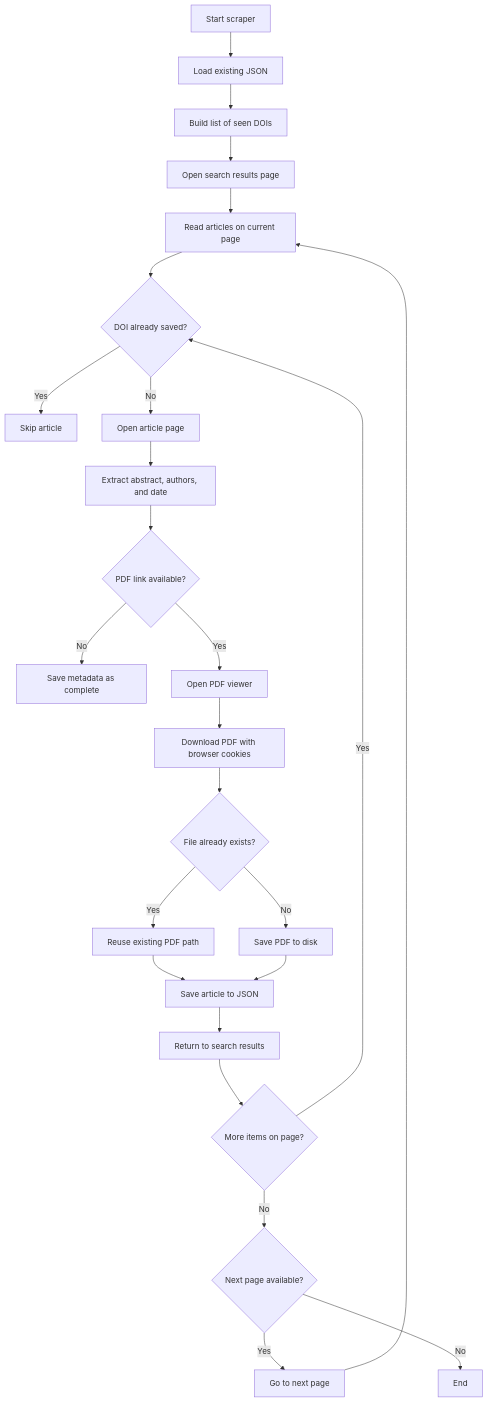
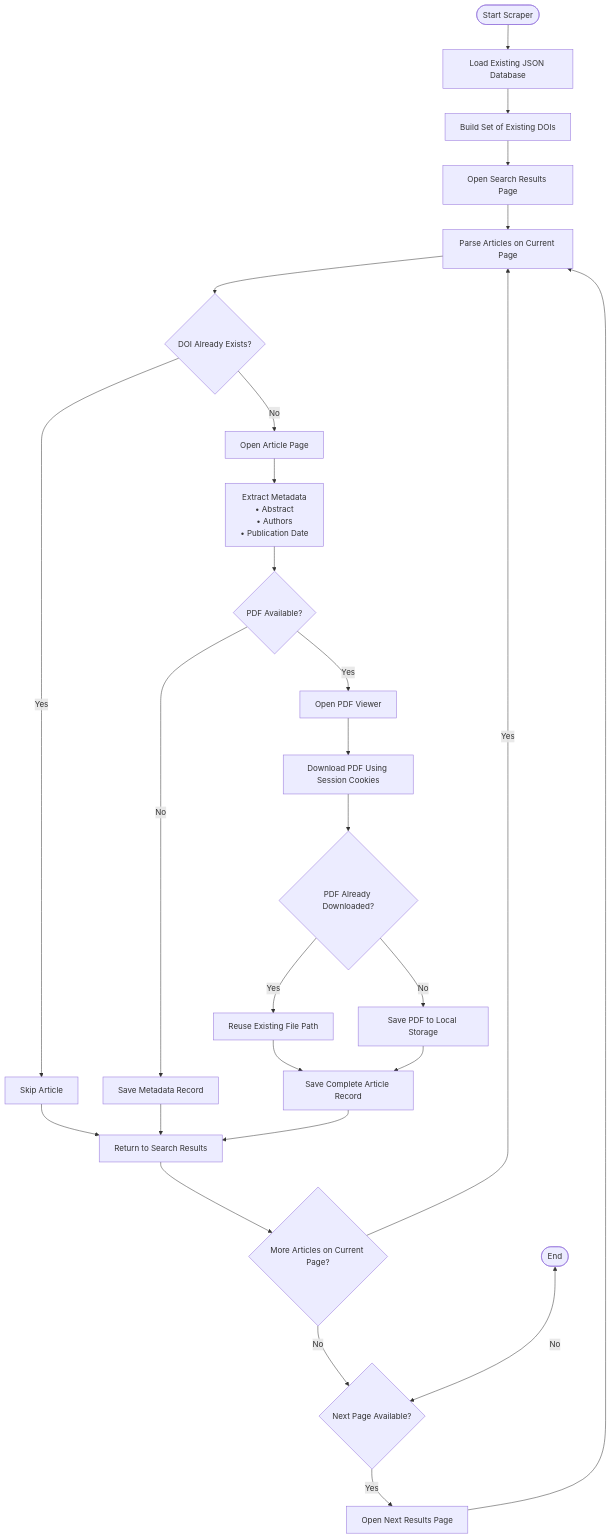
Before and after one commit to SaurabhSphere/AgriRxiv: the diagram in README.md, drawn with Mermaid.

Commit message:
Complete: Documentation

````diff
--- a/README.md
+++ b/README.md
@@ -26,27 +26,52 @@
 ```mermaid
-graph TD
-    A[Start scraper] --> B[Load existing JSON]
-    B --> C[Build list of seen DOIs]
-    C --> D[Open search results page]
-    D --> E[Read articles on current page]
-    E --> F{DOI already saved?}
-    F -- Yes --> G[Skip article]
-    F -- No --> H[Open article page]
-    H --> I[Extract abstract, authors, and date]
-    I --> J{PDF link available?}
-    J -- No --> K[Save metadata as complete]
-    J -- Yes --> L[Open PDF viewer]
-    L --> M[Download PDF with browser cookies]
-    M --> N{File already exists?}
-    N -- Yes --> O[Reuse existing PDF path]
-    N -- No --> P[Save PDF to disk]
-    O --> Q[Save article to JSON]
-    P --> Q[Save article to JSON]
-    Q --> R[Return to search results]
-    R --> S{More items on page?}
-    S -- Yes --> F
-    S -- No --> T{Next page available?}
-    T -- Yes --> U[Go to next page]
-    U --> E
-    T -- No --> V[End]
+flowchart TD
+
+    A([Start Scraper])
+        --> B[Load Existing JSON Database]
+
+    B --> C[Build Set of Existing DOIs]
+
+    C --> D[Open Search Results Page]
+
+    D --> E[Parse Articles on Current Page]
+
+    E --> F{DOI Already Exists?}
+
+    F -- Yes --> G[Skip Article]
+    G --> R
+
+    F -- No --> H[Open Article Page]
+
+    H --> I[Extract Metadata<br/>• Abstract<br/>• Authors<br/>• Publication Date]
+
+    I --> J{PDF Available?}
+
+    J -- No --> K[Save Metadata Record]
+    K --> R
+
+    J -- Yes --> L[Open PDF Viewer]
+
+    L --> M[Download PDF Using Session Cookies]
+
+    M --> N{PDF Already Downloaded?}
+
+    N -- Yes --> O[Reuse Existing File Path]
+    N -- No --> P[Save PDF to Local Storage]
+
+    O --> Q[Save Complete Article Record]
+    P --> Q
+
+    Q --> R[Return to Search Results]
+
+    R --> S{More Articles on Current Page?}
+
+    S -- Yes --> E
+
+    S -- No --> T{Next Page Available?}
+
+    U[Open Next Results Page]
+        --> E
+
+    T -- Yes --> U
+    V([End]) <-- No --> T
 ```
````
